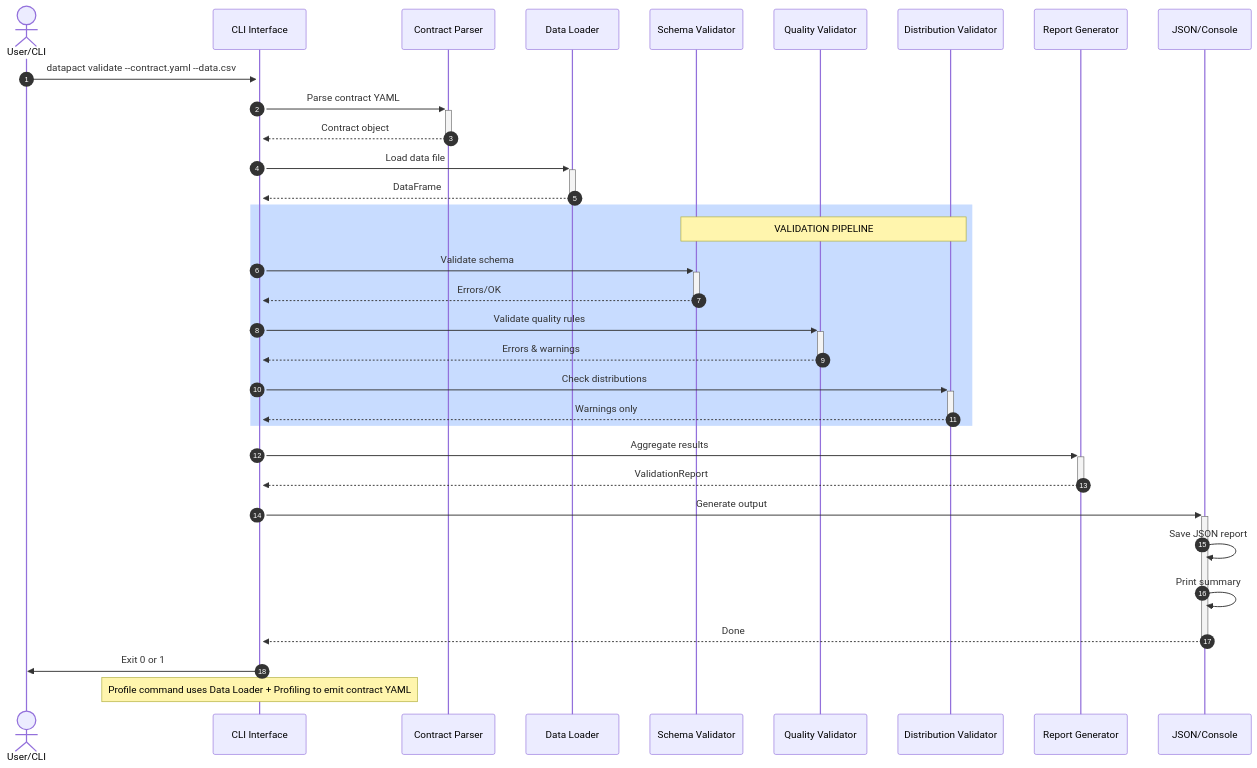
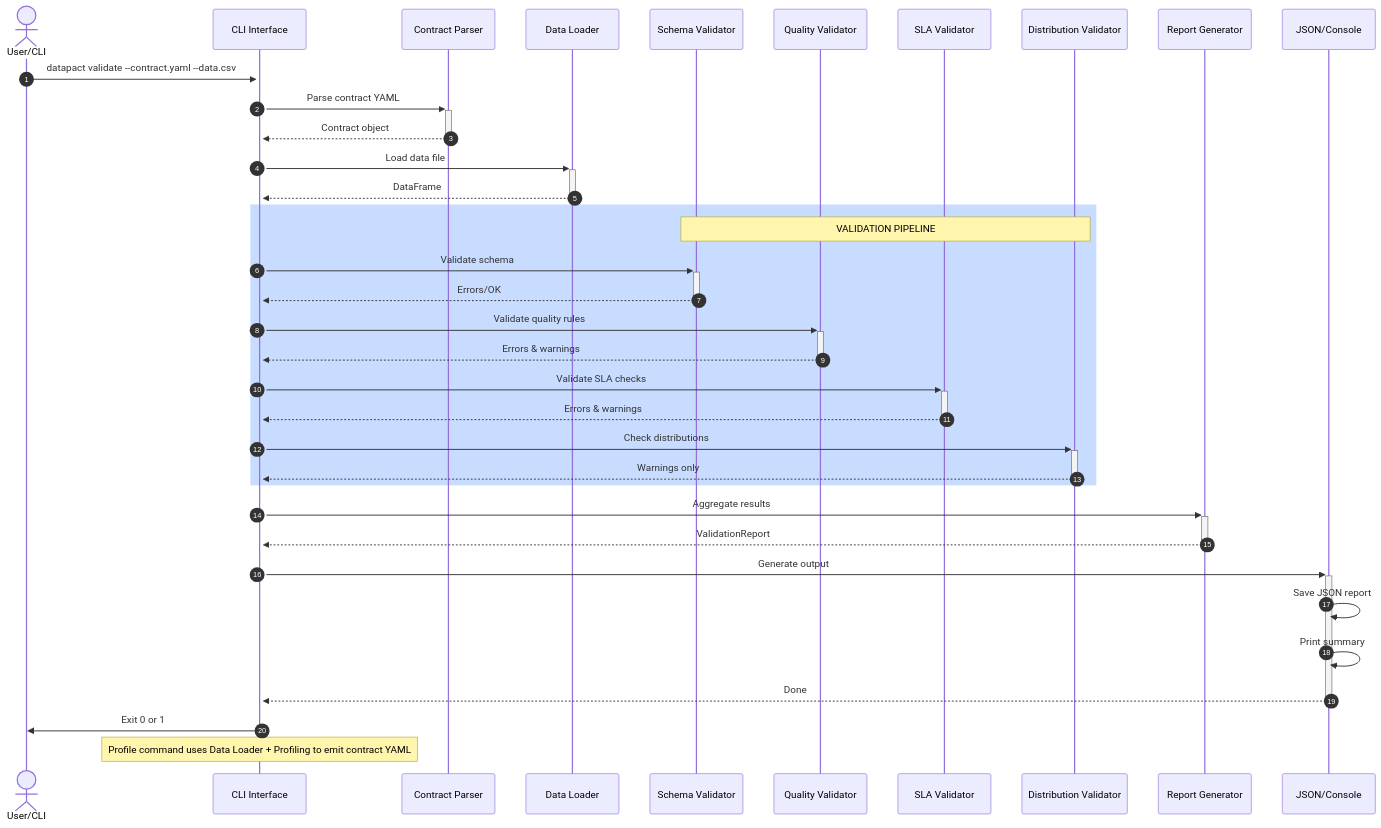
Before and after one commit to meetnishant/DataPact: the diagram in docs/sequenceDiagram.mmd, drawn with Mermaid. The commit also changed 23 other files, not shown here.

Commit message:
Add schema drift and SLA checks

```diff
--- a/docs/sequenceDiagram.mmd
+++ b/docs/sequenceDiagram.mmd
@@ -1,42 +1,46 @@
 sequenceDiagram
     autonumber
     actor User as User/CLI
     participant CLI as CLI Interface
     participant Parser as Contract Parser
     participant Loader as Data Loader
     participant Schema as Schema Validator
     participant Quality as Quality Validator
+    participant SLA as SLA Validator
     participant Distribution as Distribution Validator
     participant Reporter as Report Generator
     participant Output as JSON/Console
 
     User->>+CLI: datapact validate --contract.yaml --data.csv
     CLI->>+Parser: Parse contract YAML
     Parser-->>-CLI: Contract object
     
     CLI->>+Loader: Load data file
     Loader-->>-CLI: DataFrame
     
     rect rgb(200, 220, 255)
     Note over Schema,Distribution: VALIDATION PIPELINE
     CLI->>+Schema: Validate schema
     Schema-->>-CLI: Errors/OK
     
     CLI->>+Quality: Validate quality rules
     Quality-->>-CLI: Errors & warnings
+
+    CLI->>+SLA: Validate SLA checks
+    SLA-->>-CLI: Errors & warnings
     
     CLI->>+Distribution: Check distributions
     Distribution-->>-CLI: Warnings only
     end
     
     CLI->>+Reporter: Aggregate results
     Reporter-->>-CLI: ValidationReport
     
     CLI->>+Output: Generate output
     Output->>Output: Save JSON report
     Output->>Output: Print summary
     Output-->>-CLI: Done
     
     CLI->>User: Exit 0 or 1
 
     Note over CLI: Profile command uses Data Loader + Profiling to emit contract YAML
```
